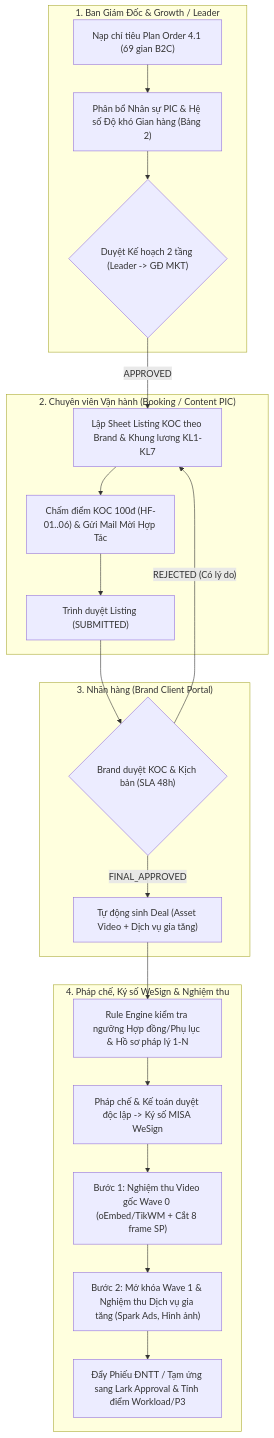
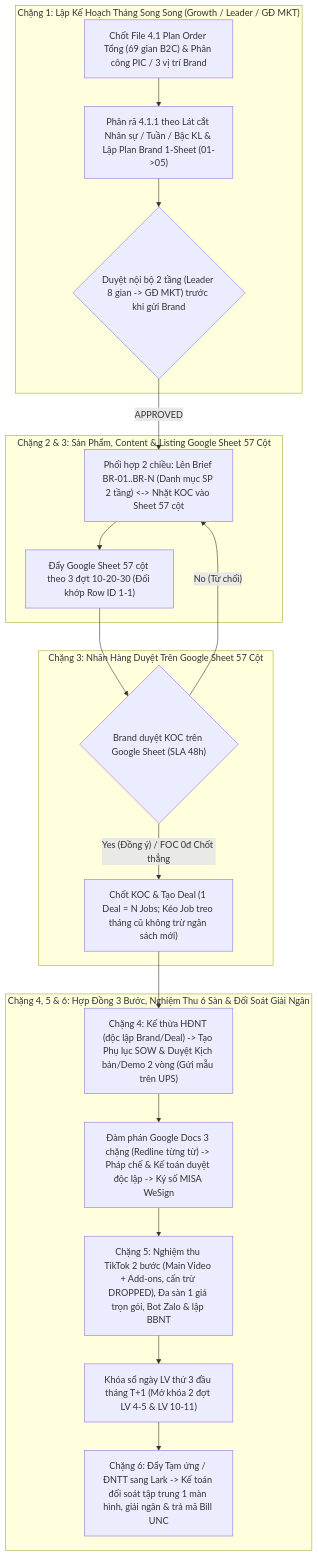
Before and after one commit to upbaseoperation-droid/b2c: the first of 3 diagrams in blueprint/2-design/2.2_USER_STORIES.md, drawn with Mermaid. The commit also changed other lines of this file and 253 other files, not shown here.

````diff
--- a/blueprint/2-design/2.2_USER_STORIES.md
+++ b/blueprint/2-design/2.2_USER_STORIES.md
@@ -29,27 +30,26 @@
 ```mermaid
 flowchart TD
-    subgraph Growth_MKT["1. Ban Giám Đốc & Growth / Leader"]
-        P1["Nạp chỉ tiêu Plan Order 4.1 (69 gian B2C)"] --> P2["Phân bổ Nhân sự PIC & Hệ số Độ khó Gian hàng (Bảng 2)"]
-        P2 --> P3{"Duyệt Kế hoạch 2 tầng (Leader -> GĐ MKT)"}
+    subgraph Growth_MKT["Chặng 1: Lập Kế Hoạch Tháng Song Song (Growth / Leader / GĐ MKT)"]
+        P1["Chốt File 4.1 Plan Order Tổng (69 gian B2C) & Phân công PIC / 3 vị trí Brand"] --> P2["Phân rã 4.1.1 theo Lát cắt Nhân sự / Tuần / Bậc KL & Lập Plan Brand 1-Sheet (01->05)"]
+        P2 --> P3{"Duyệt nội bộ 2 tầng (Leader 8 gian -> GĐ MKT) trước khi gửi Brand"}
     end
 
-    subgraph Specialist_PIC["2. Chuyên viên Vận hành (Booking / Content PIC)"]
-        P3 -- "APPROVED" --> L1["Lập Sheet Listing KOC theo Brand & Khung lương KL1-KL7"]
-        L1 --> L2["Chấm điểm KOC 100đ (HF-01..06) & Gửi Mail Mời Hợp Tác"]
-        L2 --> L3["Trình duyệt Listing (SUBMITTED)"]
+    subgraph Specialist_PIC["Chặng 2 & 3: Sản Phẩm, Content & Listing Google Sheet 57 Cột"]
+        P3 -- "APPROVED" --> L1["Phối hợp 2 chiều: Lên Brief BR-01..BR-N (Danh mục SP 2 tầng) <-> Nhặt KOC vào Sheet 57 cột"]
+        L1 --> L2["Đẩy Google Sheet 57 cột theo 3 đợt 10-20-30 (Đối khớp Row ID 1-1)"]
     end
 
-    subgraph Brand_Partner["3. Nhãn hàng (Brand Client Portal)"]
-        L3 --> B1{"Brand duyệt KOC & Kịch bản (SLA 48h)"}
-        B1 -- "REJECTED (Có lý do)" --> L1
-        B1 -- "FINAL_APPROVED" --> D1["Tự động sinh Deal (Asset Video + Dịch vụ gia tăng)"]
+    subgraph Brand_Sheet["Chặng 3: Nhãn Hàng Duyệt Trên Google Sheet 57 Cột"]
+        L2 --> B1{"Brand duyệt KOC trên Google Sheet (SLA 48h)"}
+        B1 -- "No (Từ chối)" --> L1
+        B1 -- "Yes (Đồng ý) / FOC 0đ Chốt thẳng" --> D1["Chốt KOC & Tạo Deal (1 Deal = N Jobs; Kéo Job treo tháng cũ không trừ ngân sách mới)"]
     end
 
-    subgraph Legal_Finance["4. Pháp chế, Ký số WeSign & Nghiệm thu"]
-        D1 --> C1["Rule Engine kiểm tra ngưỡng Hợp đồng/Phụ lục & Hồ sơ pháp lý 1-N"]
-        C1 --> C2["Pháp chế & Kế toán duyệt độc lập -> Ký số MISA WeSign"]
-        C2 --> A1["Bước 1: Nghiệm thu Video gốc Wave 0 (oEmbed/TikWM + Cắt 8 frame SP)"]
-        A1 --> A2["Bước 2: Mở khóa Wave 1 & Nghiệm thu Dịch vụ gia tăng (Spark Ads, Hình ảnh)"]
-        A2 --> A3["Đẩy Phiếu ĐNTT / Tạm ứng sang Lark Approval & Tính điểm Workload/P3"]
+    subgraph Legal_Finance["Chặng 4, 5 & 6: Hợp Đồng 3 Bước, Nghiệm Thu 6 Sàn & Đối Soát Giải Ngân"]
+        D1 --> C1["Chặng 4: Kế thừa HĐNT (độc lập Brand/Deal) -> Tạo Phụ lục SOW & Duyệt Kịch bản/Demo 2 vòng (Gửi mẫu trên UPS)"]
+        C1 --> C2["Đàm phán Google Docs 3 chặng (Redline từng từ) -> Pháp chế & Kế toán duyệt độc lập -> Ký số MISA WeSign"]
+        C2 --> A1["Chặng 5: Nghiệm thu TikTok 2 bước (Main Video + Add-ons, cấn trừ DROPPED), Đa sàn 1 giá trọn gói, Bot Zalo & lập BBNT"]
+        A1 --> A2["Khóa sổ ngày LV thứ 3 đầu tháng T+1 (Mở khóa 2 đợt LV 4-5 & LV 10-11)"]
+        A2 --> A3["Chặng 6: Đẩy Tạm ứng / ĐNTT sang Lark -> Kế toán đối soát tập trung 1 màn hình, giải ngân & trả mã Bill UNC"]
     end
 ```
````
